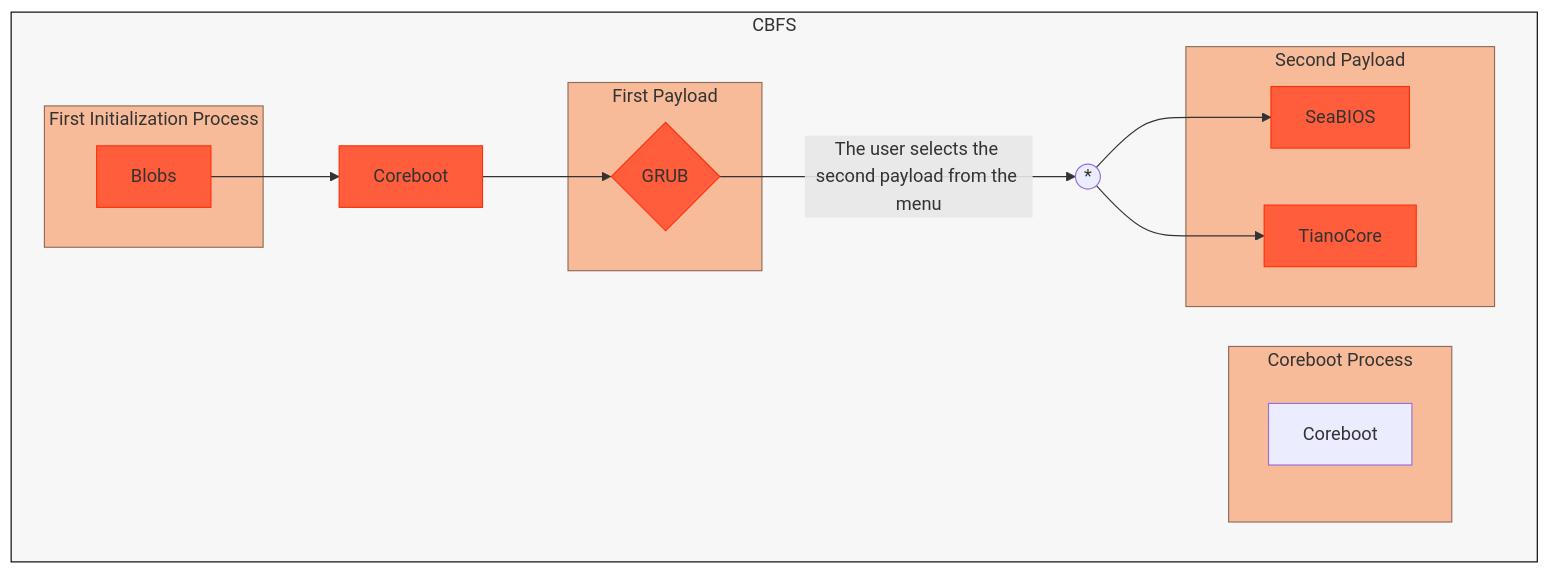
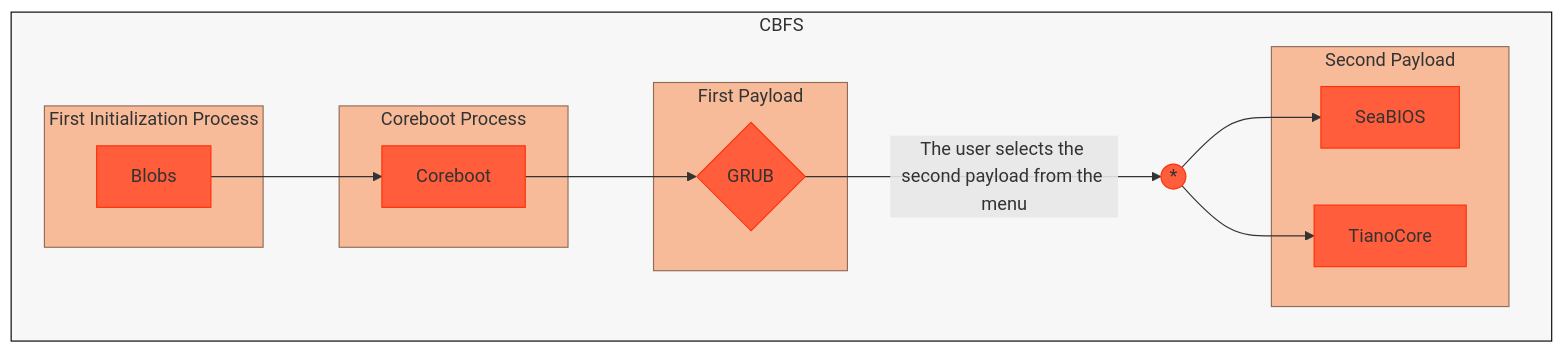
The diagram in README.md (Ch3ckm4t3C1ph3r/Lenovo-Ideapad-320-14ISK-_Coreboot-Adaptation_), drawn with Mermaid before and after one commit.

Commit message:
Modify README.md for Coreboot process diagram
Updated diagram and class definitions in README.md to include 'UNION'.

````diff
--- a/README.md
+++ b/README.md
@@ -104,38 +104,38 @@
 ```mermaid
 flowchart LR;
     %% Definition of style (and class of style) of each element by id (or by class name)
     style cbfs fill:#f7f7f7,stroke:#000000,stroke-width:1px;
     classDef sbgStyle fill:#F7BB99,stroke:#8F6C59,stroke-width:1px
     classDef nodeStyle fill:#FF5D3B,stroke:#FF3008,stroke-width:1px
     
     subgraph cbfs[CBFS]
         direction LR
 
         %% Not publicly documented boot process
         subgraph sbg1[First Initialization Process]
         n1[Blobs]
         end
 
         n1[Blobs] --> n2[Coreboot]
 
         subgraph sbg2[Coreboot Process]
-        Coreboot
+        n2[Coreboot]
         end
     
         n2[Coreboot]-->p1{GRUB}
     
         subgraph sbg3[First Payload]
         p1{GRUB}
         end
     
         p1{GRUB}--The user selects the second payload from the menu-->UNION((*))-->p2_1[SeaBIOS] & p2_2[TianoCore]
     
         subgraph sbg4[Second Payload]
         p2_1[SeaBIOS] & p2_2[TianoCore]
         end
     end
 
     %% Defining the members of each class
     class sbg1,sbg2,sbg3,sbg4 sbgStyle
-    class n1,n2,p1,p2_1,p2_2 nodeStyle
+    class n1,n2,p1,p2_1,p2_2,UNION nodeStyle
 ```
````
